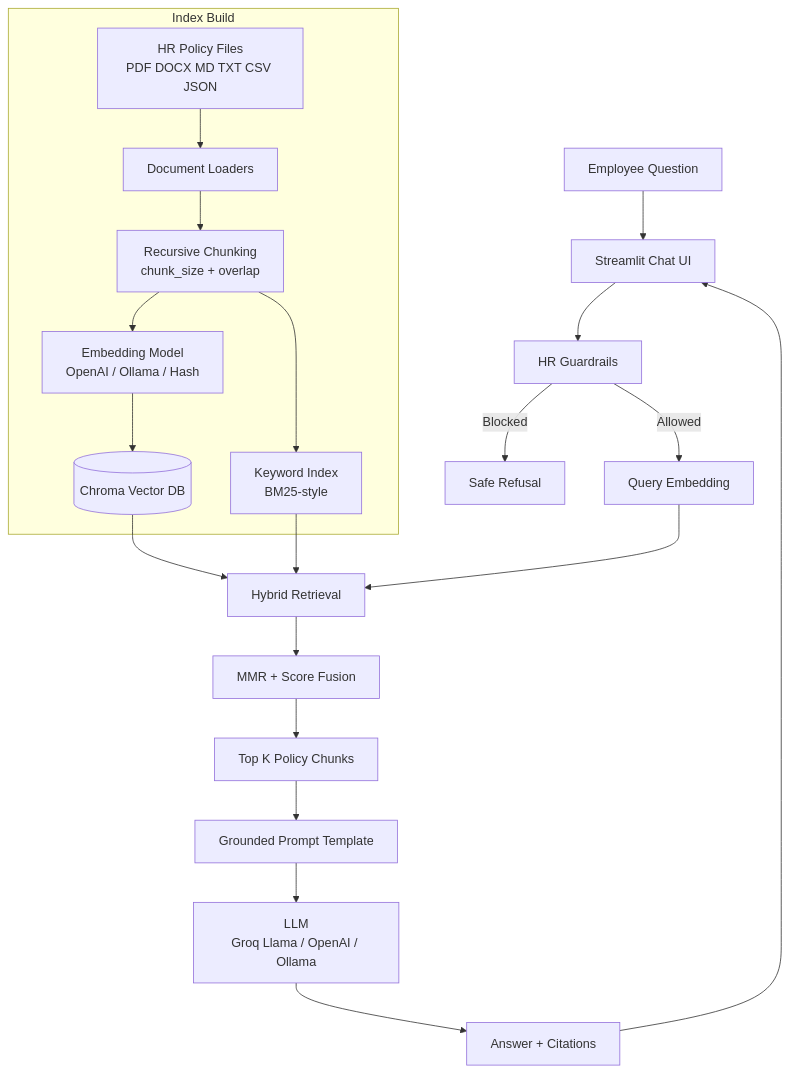
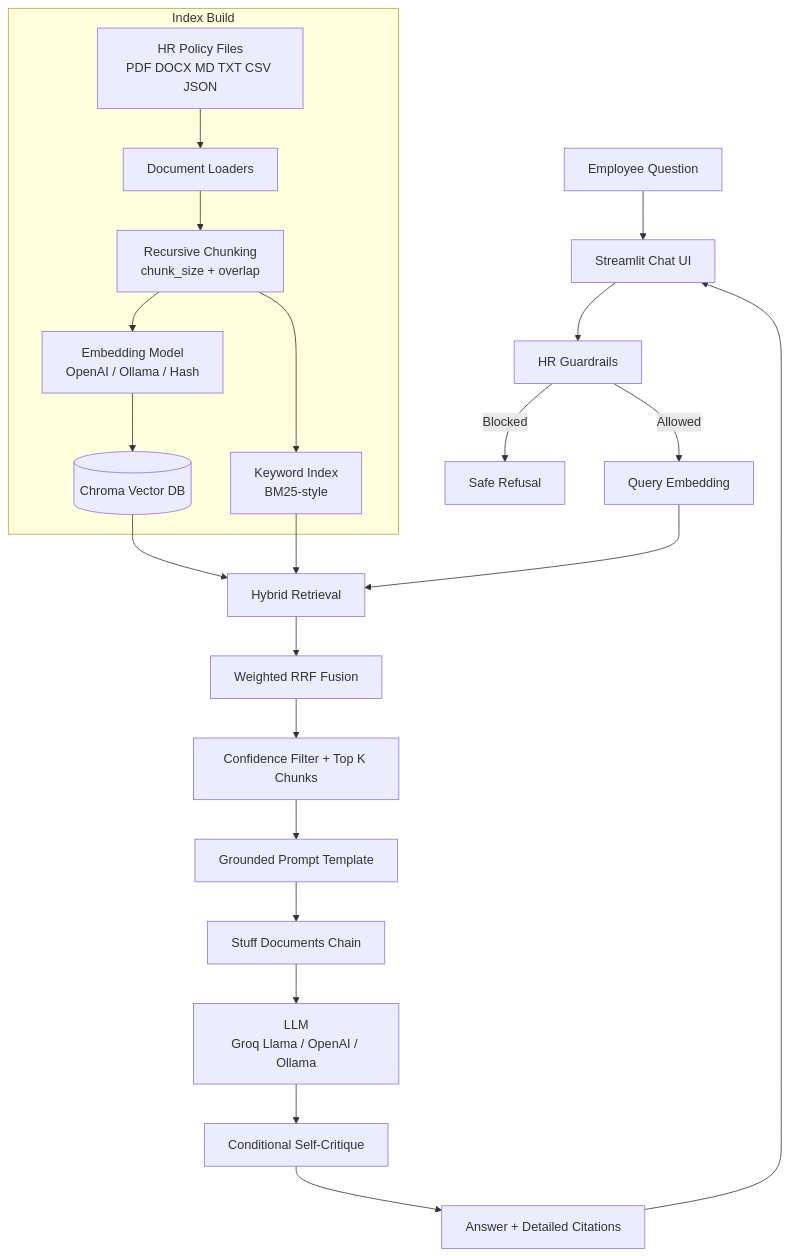
The first of 2 diagrams in langchain-rag-nxtwave-main/TECHNICAL_README.md (Richy-coder171/Advance-RAG-project-), drawn with Mermaid before and after one commit. The commit also changed other lines of this file and 6 other files, not shown here.

````diff
--- a/langchain-rag-nxtwave-main/TECHNICAL_README.md
+++ b/langchain-rag-nxtwave-main/TECHNICAL_README.md
@@ -170,25 +204,27 @@
 ```mermaid
 flowchart TD
     A[Employee Question] --> B[Streamlit Chat UI]
     B --> C[HR Guardrails]
     C -->|Blocked| D[Safe Refusal]
     C -->|Allowed| E[Query Embedding]
 
     subgraph Ingestion[Index Build]
         F[HR Policy Files<br/>PDF DOCX MD TXT CSV JSON] --> G[Document Loaders]
         G --> H[Recursive Chunking<br/>chunk_size + overlap]
         H --> I[Embedding Model<br/>OpenAI / Ollama / Hash]
         I --> J[(Chroma Vector DB)]
         H --> K[Keyword Index<br/>BM25-style]
     end
 
     E --> L[Hybrid Retrieval]
     J --> L
     K --> L
-    L --> M[MMR + Score Fusion]
-    M --> N[Top K Policy Chunks]
+    L --> M[Weighted RRF Fusion]
+    M --> N[Confidence Filter + Top K Chunks]
     N --> O[Grounded Prompt Template]
-    O --> P[LLM<br/>Groq Llama / OpenAI / Ollama]
-    P --> Q[Answer + Citations]
-    Q --> B
+    O --> P[Stuff Documents Chain]
+    P --> Q[LLM<br/>Groq Llama / OpenAI / Ollama]
+    Q --> R[Conditional Self-Critique]
+    R --> S[Answer + Detailed Citations]
+    S --> B
 ```
````
